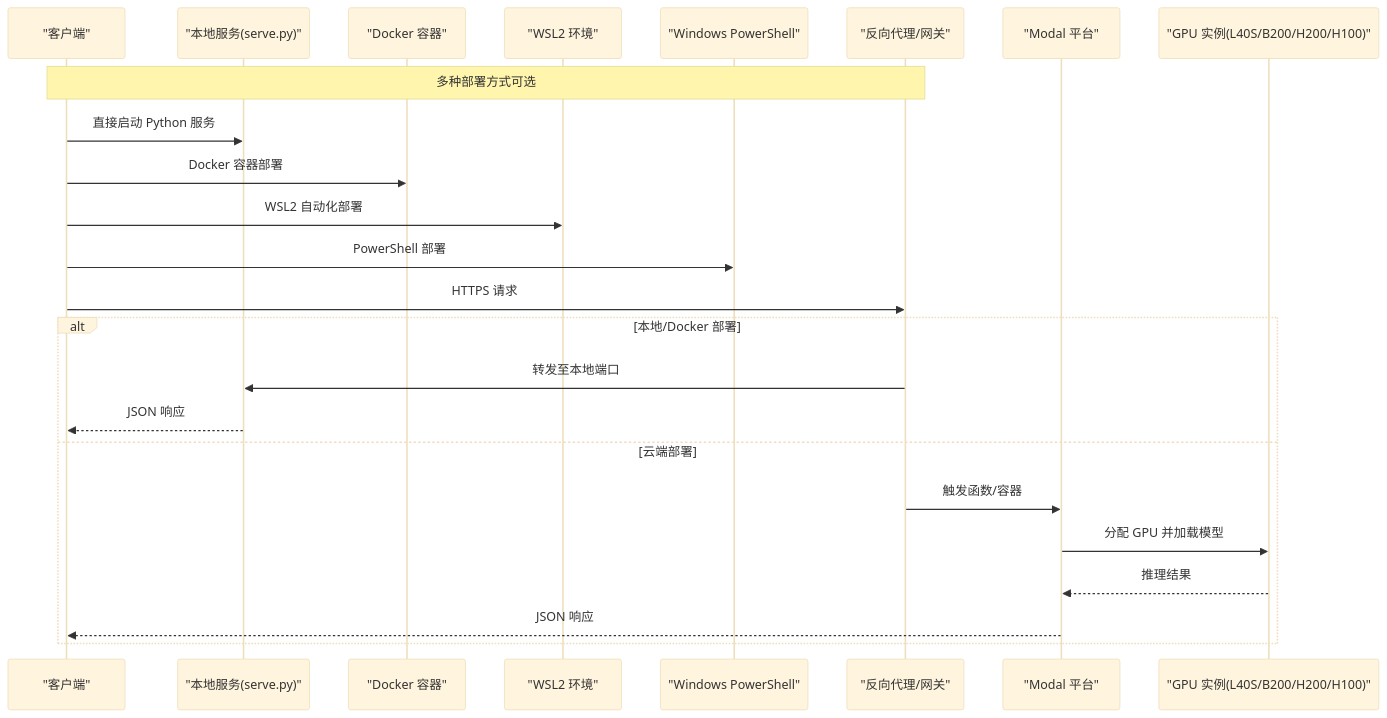
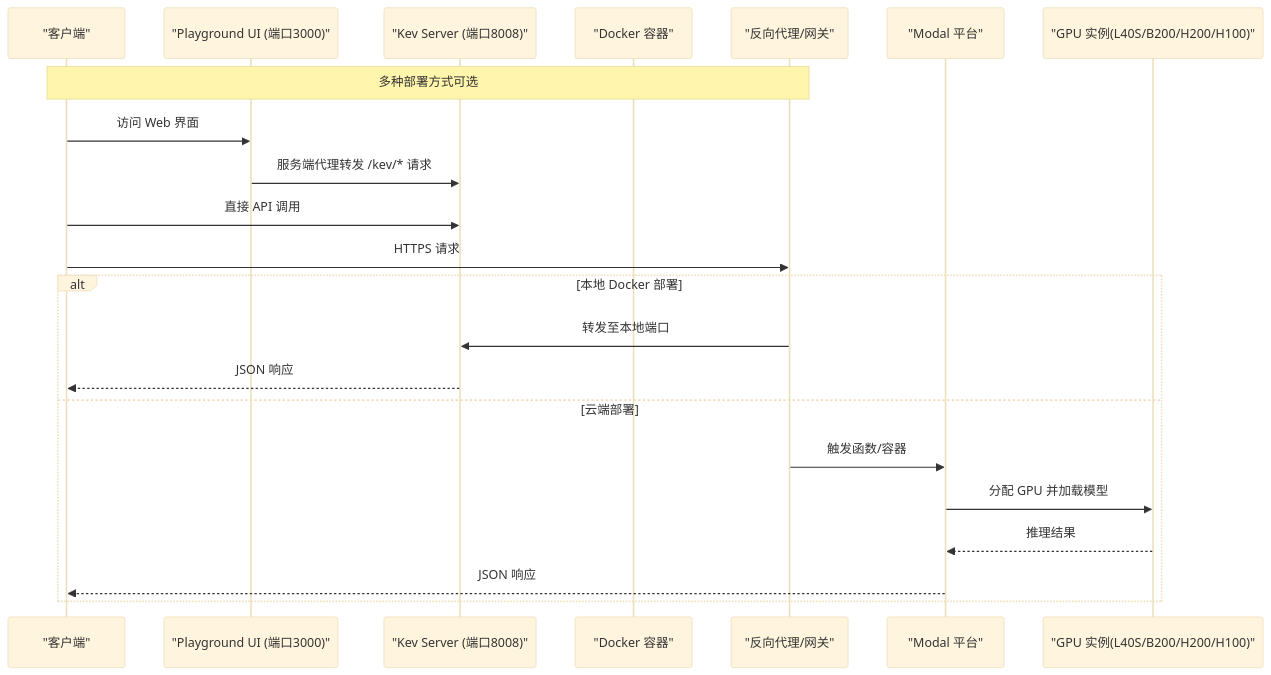
One commit to joezxh/kev changed the second of 8 diagrams in .qoder/repowiki/zh/content/部署指南/部署指南.md. Above: the diagram before and after it, drawn with Mermaid (base theme). The commit also changed other lines of this file and 193 other files, not shown here.

````diff
--- a/.qoder/repowiki/zh/content/部署指南/部署指南.md
+++ b/.qoder/repowiki/zh/content/部署指南/部署指南.md
@@ -131,26 +141,24 @@
 ```mermaid
 sequenceDiagram
 participant Client as "客户端"
-participant Local as "本地服务(serve.py)"
+participant Playground as "Playground UI (端口3000)"
+participant Server as "Kev Server (端口8008)"
 participant Docker as "Docker 容器"
-participant WSL as "WSL2 环境"
-participant WinPS as "Windows PowerShell"
 participant Proxy as "反向代理/网关"
 participant Modal as "Modal 平台"
 participant GPU as "GPU 实例(L40S/B200/H200/H100)"
 Note over Client,Proxy : 多种部署方式可选
-Client->>Local : 直接启动 Python 服务
-Client->>Docker : Docker 容器部署
-Client->>WSL : WSL2 自动化部署
-Client->>WinPS : PowerShell 部署
+Client->>Playground : 访问 Web 界面
+Playground->>Server : 服务端代理转发 /kev/* 请求
+Client->>Server : 直接 API 调用
 Client->>Proxy : HTTPS 请求
-alt 本地/Docker 部署
-Proxy->>Local : 转发至本地端口
-Local-->>Client : JSON 响应
+alt 本地 Docker 部署
+Proxy->>Server : 转发至本地端口
+Server-->>Client : JSON 响应
 else 云端部署
 Proxy->>Modal : 触发函数/容器
 Modal->>GPU : 分配 GPU 并加载模型
 GPU-->>Modal : 推理结果
 Modal-->>Client : JSON 响应
 end
 ```
````
